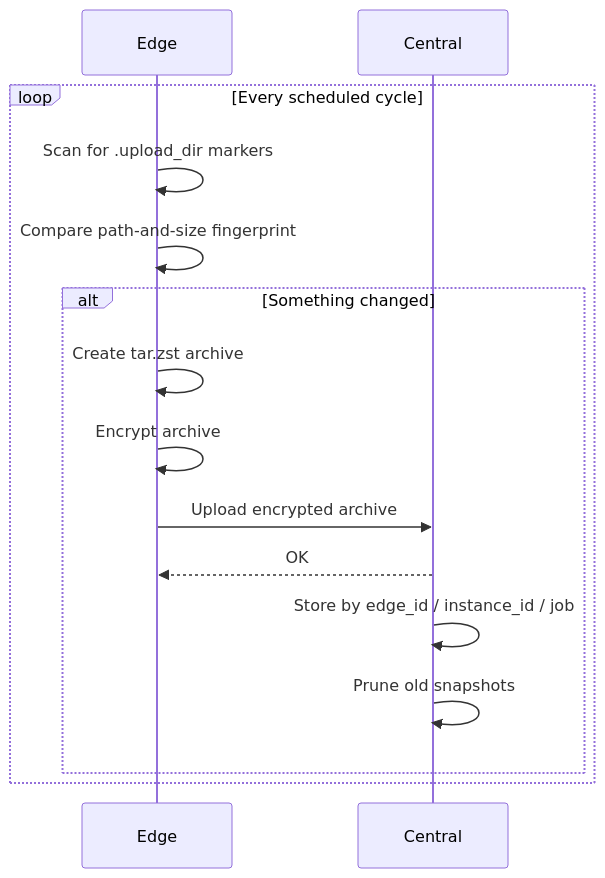
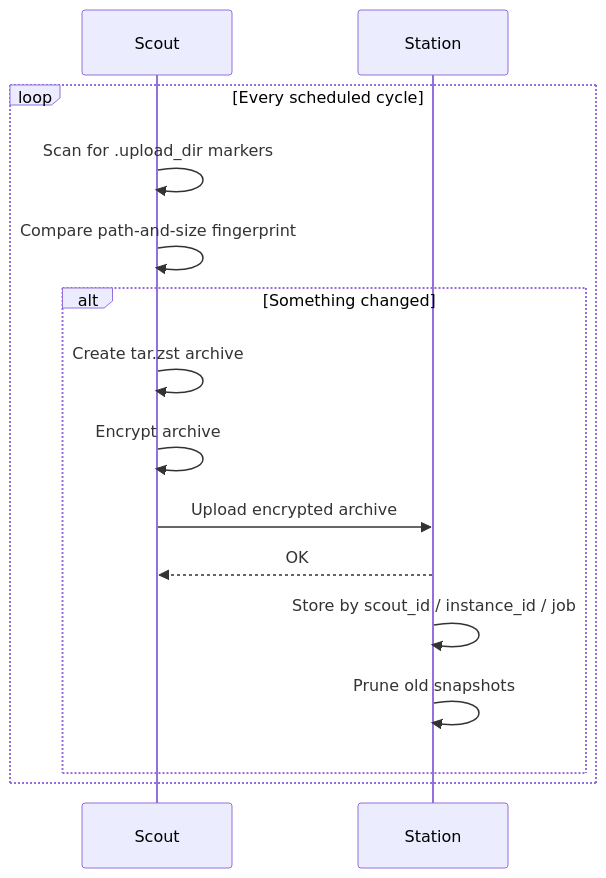
Before and after one commit to thesteau/3to1go: the diagram in docs/concepts/how-it-works.mdx, drawn with Mermaid. The commit also changed other lines of this file and 473 other files, not shown here.

````diff
--- a/docs/concepts/how-it-works.mdx
+++ b/docs/concepts/how-it-works.mdx
@@ -48,18 +48,18 @@
 ```mermaid
 sequenceDiagram
-    participant Edge
-    participant Central
+    participant Scout
+    participant Station
 
     loop Every scheduled cycle
-        Edge->>Edge: Scan for .upload_dir markers
-        Edge->>Edge: Compare path-and-size fingerprint
+        Scout->>Scout: Scan for .upload_dir markers
+        Scout->>Scout: Compare path-and-size fingerprint
         alt Something changed
-            Edge->>Edge: Create tar.zst archive
-            Edge->>Edge: Encrypt archive
-            Edge->>Central: Upload encrypted archive
-            Central-->>Edge: OK
-            Central->>Central: Store by edge_id / instance_id / job
-            Central->>Central: Prune old snapshots
+            Scout->>Scout: Create tar.zst archive
+            Scout->>Scout: Encrypt archive
+            Scout->>Station: Upload encrypted archive
+            Station-->>Scout: OK
+            Station->>Station: Store by scout_id / instance_id / job
+            Station->>Station: Prune old snapshots
         end
     end
 ```
````
